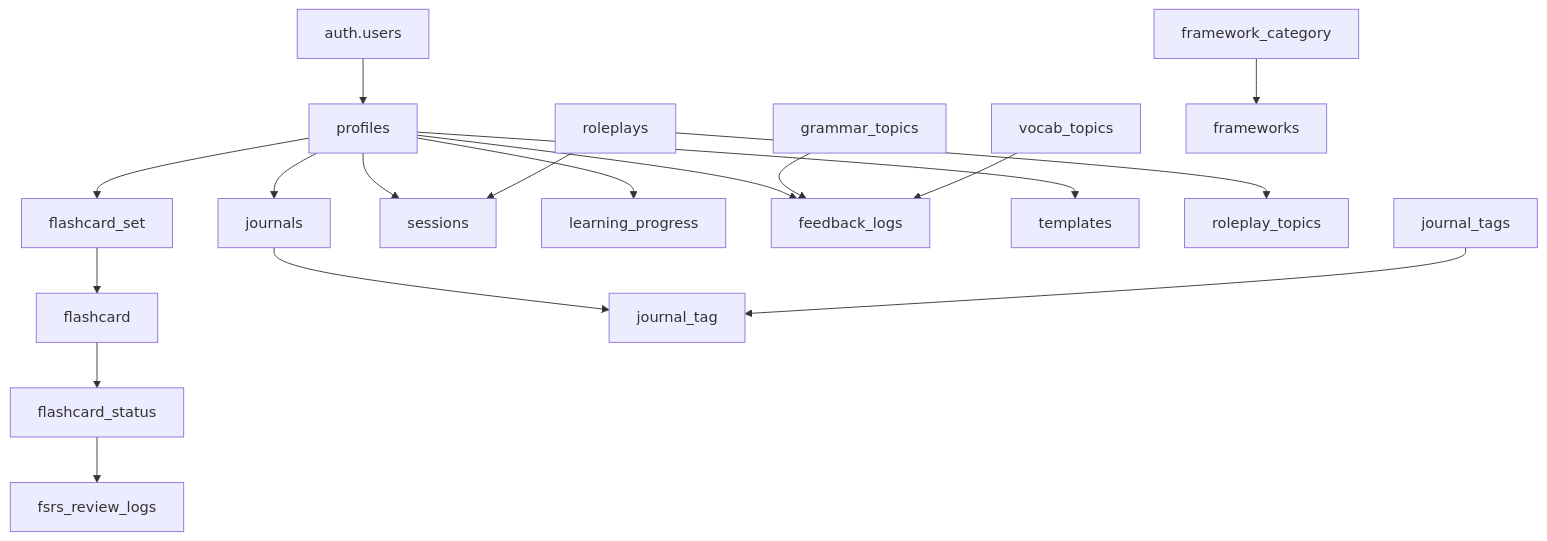
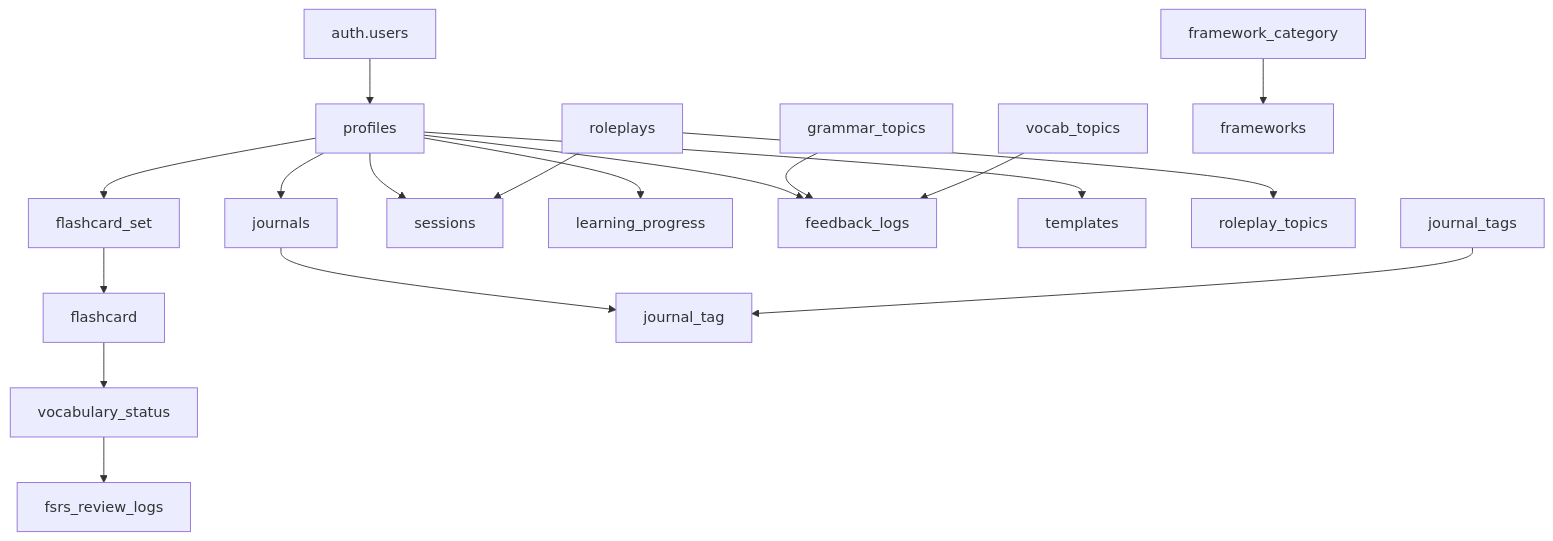
One commit to CurioLytics/Write2Learn changed the diagram in docs/design-analysis/database_structure.md. Above: the diagram before and after it, drawn with Mermaid. The commit also changed other lines of this file and 7 other files, not shown here.

````diff
--- a/docs/design-analysis/database_structure.md
+++ b/docs/design-analysis/database_structure.md
@@ -319,25 +319,25 @@
 ```mermaid
 graph TD
     A[auth.users] --> B[profiles]
     B --> C[journals]
     B --> D[flashcard_set]
     B --> E[sessions]
     B --> F[learning_progress]
     B --> G[feedback_logs]
     B --> H[templates]
     
     D --> I[flashcard]
-    I --> J[flashcard_status]
+    I --> J[vocabulary_status]
     J --> K[fsrs_review_logs]
     
     L[roleplays] --> E
     L --> M[roleplay_topics]
     
     N[grammar_topics] --> G
     O[vocab_topics] --> G
     
     C --> P[journal_tag]
     Q[journal_tags] --> P
     
     R[framework_category] --> S[frameworks]
 ```
````
